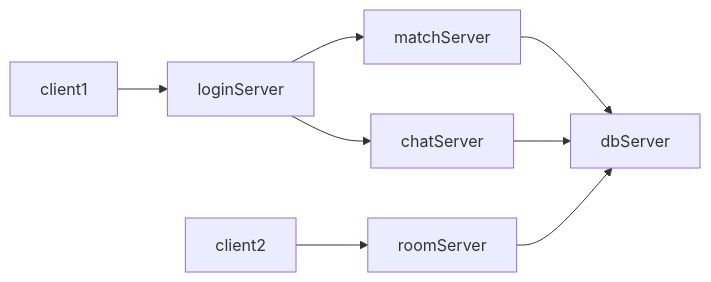
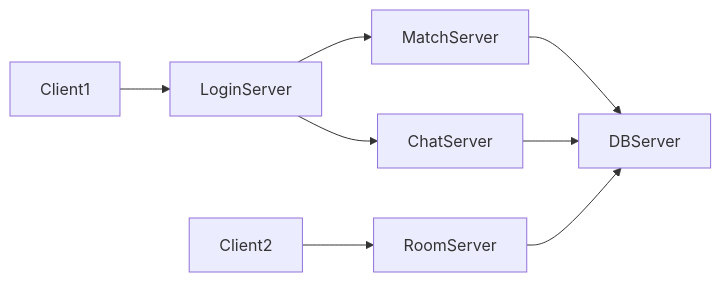
The first of 4 diagrams in PROJ/game_server_develop.md (hanjingo/doc), drawn with Mermaid before and after one commit. The commit also changed other lines of this file and 6 other files, not shown here.

````diff
--- a/PROJ/game_server_develop.md
+++ b/PROJ/game_server_develop.md
@@ -9,6 +27,6 @@
 ```mermaid
 graph LR
-client1 --> loginServer --> matchServer --> dbServer
-loginServer --> chatServer --> dbServer
-client2 --> roomServer --> dbServer
+Client1 --> LoginServer --> MatchServer --> DBServer
+LoginServer --> ChatServer --> DBServer
+Client2 --> RoomServer --> DBServer
 ```
````
